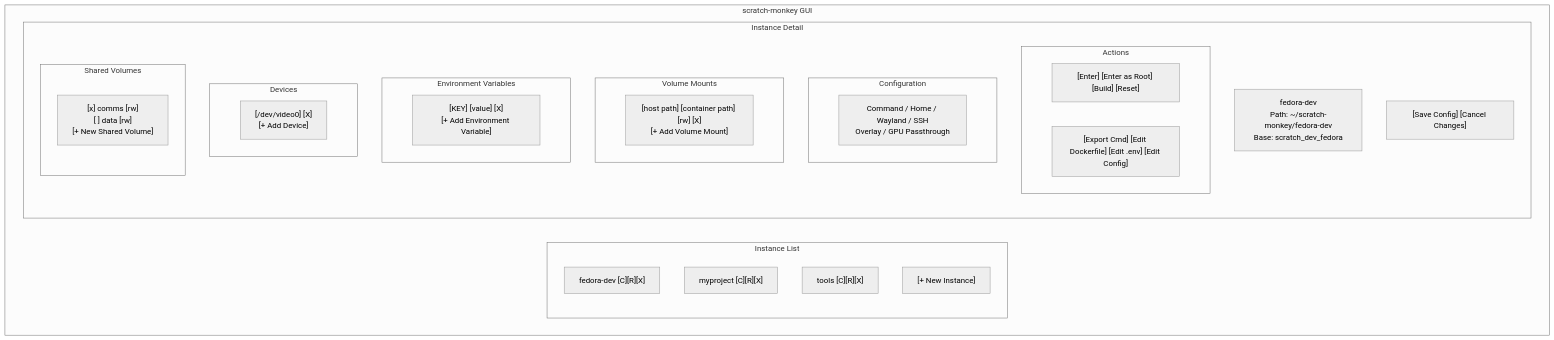
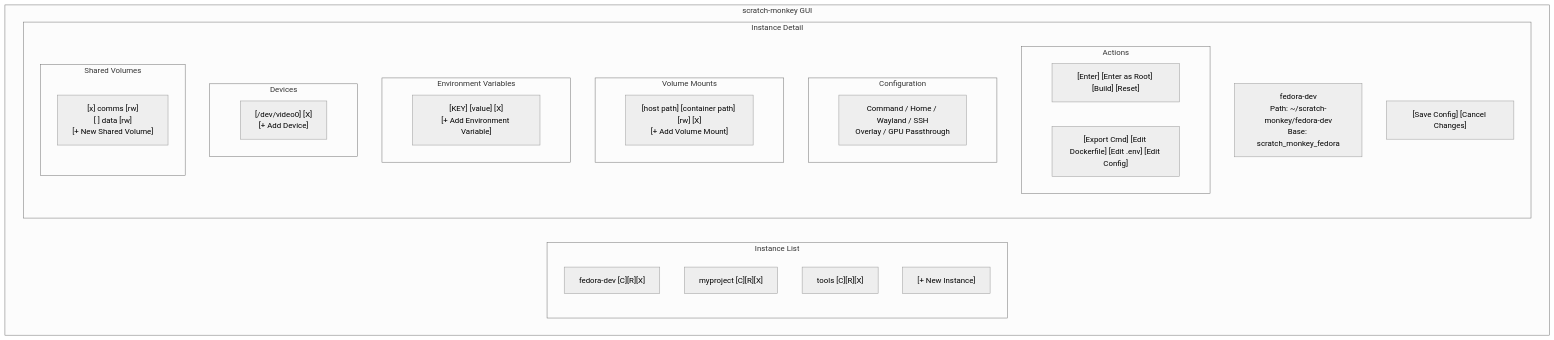
Diagram 17 of 17 in HELP.md (Microtome/scratch_monkey), drawn with Mermaid (neutral theme) before and after one commit. The commit also changed other lines of this file and 13 other files, not shown here.

First line of the commit message:
refactor: rename scratch_dev/scratch_dev_fedora image names to scratch_monkey/scratch_monkey_fedora

````diff
--- a/HELP.md
+++ b/HELP.md
@@ -669,43 +669,43 @@
 ```mermaid
 graph TD
     subgraph window["scratch-monkey GUI"]
         direction LR
         subgraph left["Instance List"]
             I1["fedora-dev [C][R][X]"]
             I2["myproject [C][R][X]"]
             I3["tools [C][R][X]"]
             NI["[+ New Instance]"]
         end
 
         subgraph right["Instance Detail"]
-            TITLE["fedora-dev<br/>Path: ~/scratch-monkey/fedora-dev<br/>Base: scratch_dev_fedora"]
+            TITLE["fedora-dev<br/>Path: ~/scratch-monkey/fedora-dev<br/>Base: scratch_monkey_fedora"]
 
             subgraph actions["Actions"]
                 ROW1["[Enter] [Enter as Root] [Build] [Reset]"]
                 ROW2["[Export Cmd] [Edit Dockerfile] [Edit .env] [Edit Config]"]
             end
 
             SAVE["[Save Config] [Cancel Changes]"]
 
             subgraph config["Configuration"]
                 CFG["Command / Home / Wayland / SSH<br/>Overlay / GPU Passthrough"]
             end
 
             subgraph volumes["Volume Mounts"]
                 VOL["[host path] [container path] [rw] [X]<br/>[+ Add Volume Mount]"]
             end
 
             subgraph envvars["Environment Variables"]
                 ENV["[KEY] [value] [X]<br/>[+ Add Environment Variable]"]
             end
 
             subgraph devices["Devices"]
                 DEV["[/dev/video0] [X]<br/>[+ Add Device]"]
             end
 
             subgraph shared["Shared Volumes"]
                 SHR["[x] comms [rw]<br/>[ ] data [rw]<br/>[+ New Shared Volume]"]
             end
         end
     end
 ```
````
